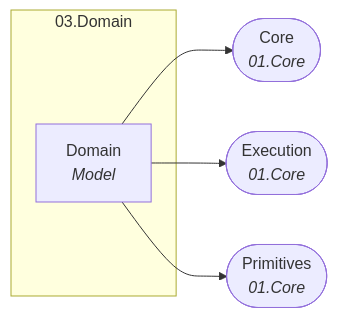
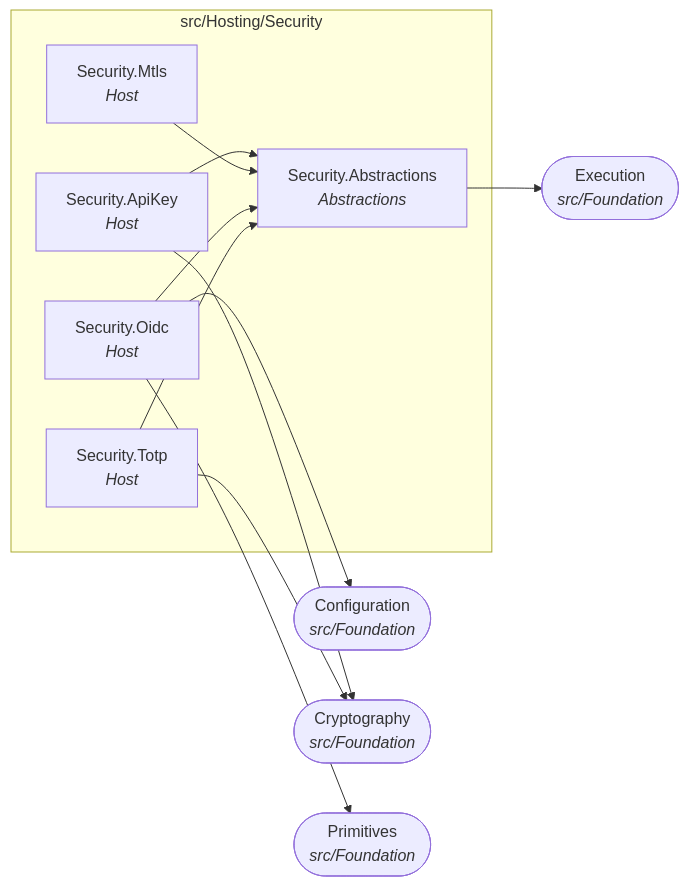
Before and after one commit to Gresta-Vertex-Labs/platform-shared-kernel: the fifth of 22 diagrams in docs/dependency-graph.md, drawn with Mermaid. The commit also changed other lines of this file and 4053 other files, not shown here.

````diff
--- a/docs/dependency-graph.md
+++ b/docs/dependency-graph.md
@@ -188,12 +212,23 @@
 ```mermaid
 flowchart LR
-  subgraph folder_03_Domain["03.Domain"]
-    SharedKernel_Domain["Domain<br/><i>Model</i>"]
+  subgraph folder_src_Hosting_Security["src/Hosting/Security"]
+    SharedKernel_Security_Abstractions["Security.Abstractions<br/><i>Abstractions</i>"]
+    SharedKernel_Security_ApiKey["Security.ApiKey<br/><i>Host</i>"]
+    SharedKernel_Security_Mtls["Security.Mtls<br/><i>Host</i>"]
+    SharedKernel_Security_Oidc["Security.Oidc<br/><i>Host</i>"]
+    SharedKernel_Security_Totp["Security.Totp<br/><i>Host</i>"]
   end
-  SharedKernel_Core(["Core<br/><i>01.Core</i>"])
-  SharedKernel_Execution(["Execution<br/><i>01.Core</i>"])
-  SharedKernel_Primitives(["Primitives<br/><i>01.Core</i>"])
-  SharedKernel_Domain --> SharedKernel_Core
-  SharedKernel_Domain --> SharedKernel_Execution
-  SharedKernel_Domain --> SharedKernel_Primitives
+  SharedKernel_Configuration(["Configuration<br/><i>src/Foundation</i>"])
+  SharedKernel_Cryptography(["Cryptography<br/><i>src/Foundation</i>"])
+  SharedKernel_Execution(["Execution<br/><i>src/Foundation</i>"])
+  SharedKernel_Primitives(["Primitives<br/><i>src/Foundation</i>"])
+  SharedKernel_Security_Abstractions --> SharedKernel_Execution
+  SharedKernel_Security_ApiKey --> SharedKernel_Cryptography
+  SharedKernel_Security_ApiKey --> SharedKernel_Security_Abstractions
+  SharedKernel_Security_Mtls --> SharedKernel_Security_Abstractions
+  SharedKernel_Security_Oidc --> SharedKernel_Configuration
+  SharedKernel_Security_Oidc --> SharedKernel_Primitives
+  SharedKernel_Security_Oidc --> SharedKernel_Security_Abstractions
+  SharedKernel_Security_Totp --> SharedKernel_Cryptography
+  SharedKernel_Security_Totp --> SharedKernel_Security_Abstractions
 ```
````
